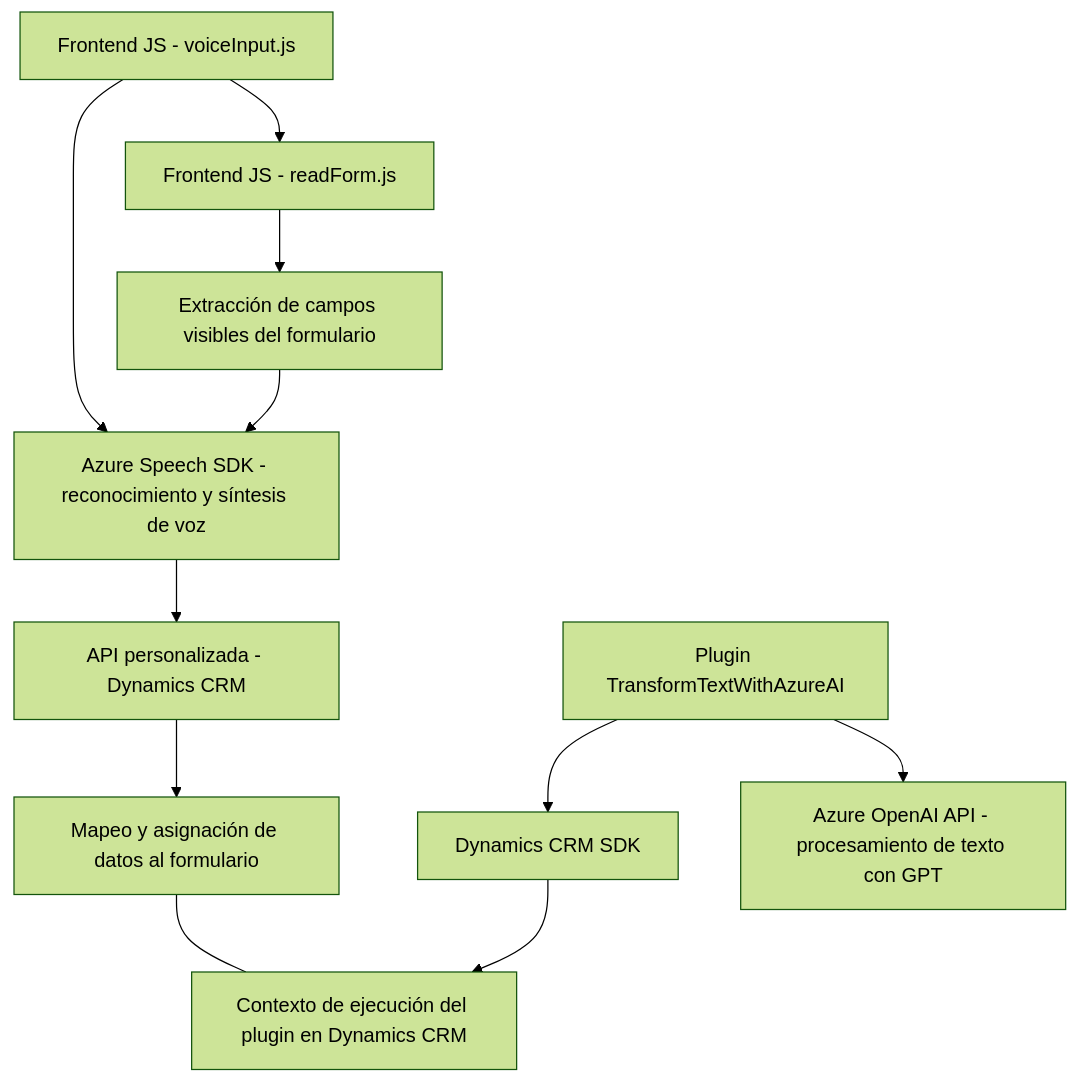
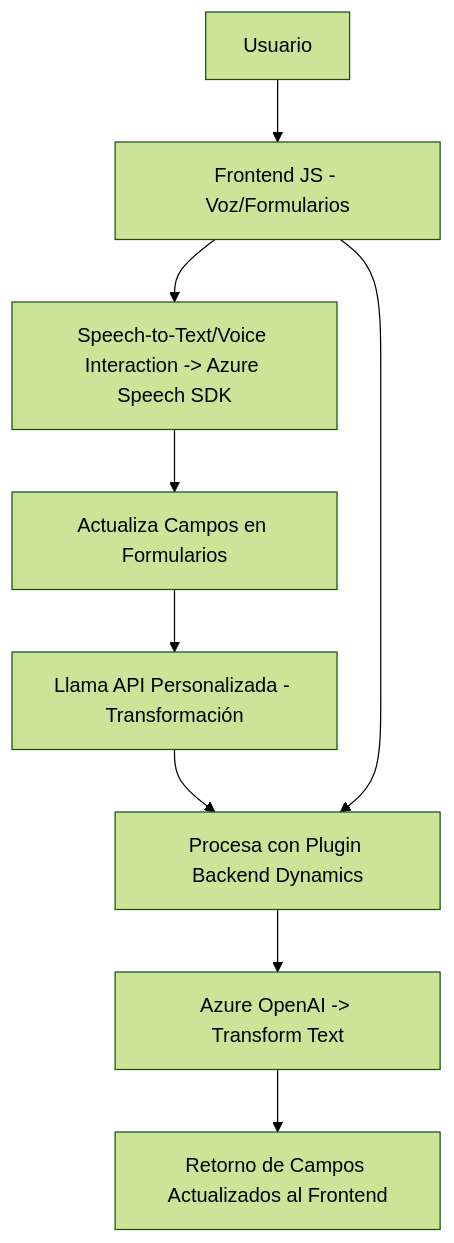
The diagram in README.md (blopezdm/NETCORE_BILBAO2025), drawn with Mermaid (forest theme) before and after one commit. The commit also changed other lines of this file, not shown here.

Commit message:
Actualizar análisis global de la solución con IA

````diff
--- a/README.md
+++ b/README.md
@@ -46,15 +36,11 @@
 ```mermaid
 graph TD
-  A["Frontend JS - voiceInput.js"] --> B["Azure Speech SDK - reconocimiento y síntesis de voz"]
-  B --> C["API personalizada - Dynamics CRM"]
-  C --> D["Mapeo y asignación de datos al formulario"]
-  A --> E["Frontend JS - readForm.js"]
-  E --> F["Extracción de campos visibles del formulario"]
-  F --> B
-
-  G["Plugin TransformTextWithAzureAI"] --> H["Dynamics CRM SDK"]
-  G --> I["Azure OpenAI API - procesamiento de texto con GPT"]
-  H --> J["Contexto de ejecución del plugin en Dynamics CRM"]
-
-  D --- J
+  A["Usuario"] --> B["Frontend JS - Voz/Formularios"]
+  B --> C["Speech-to-Text/Voice Interaction -> Azure Speech SDK"]
+  C --> D["Actualiza Campos en Formularios"]
+  D --> E["Llama API Personalizada - Transformación"]
+  E --> F["Procesa con Plugin Backend Dynamics"]
+  F --> G["Azure OpenAI -> Transform Text"]
+  G --> H["Retorno de Campos Actualizados al Frontend"]
+  B --> F
 ```
````
